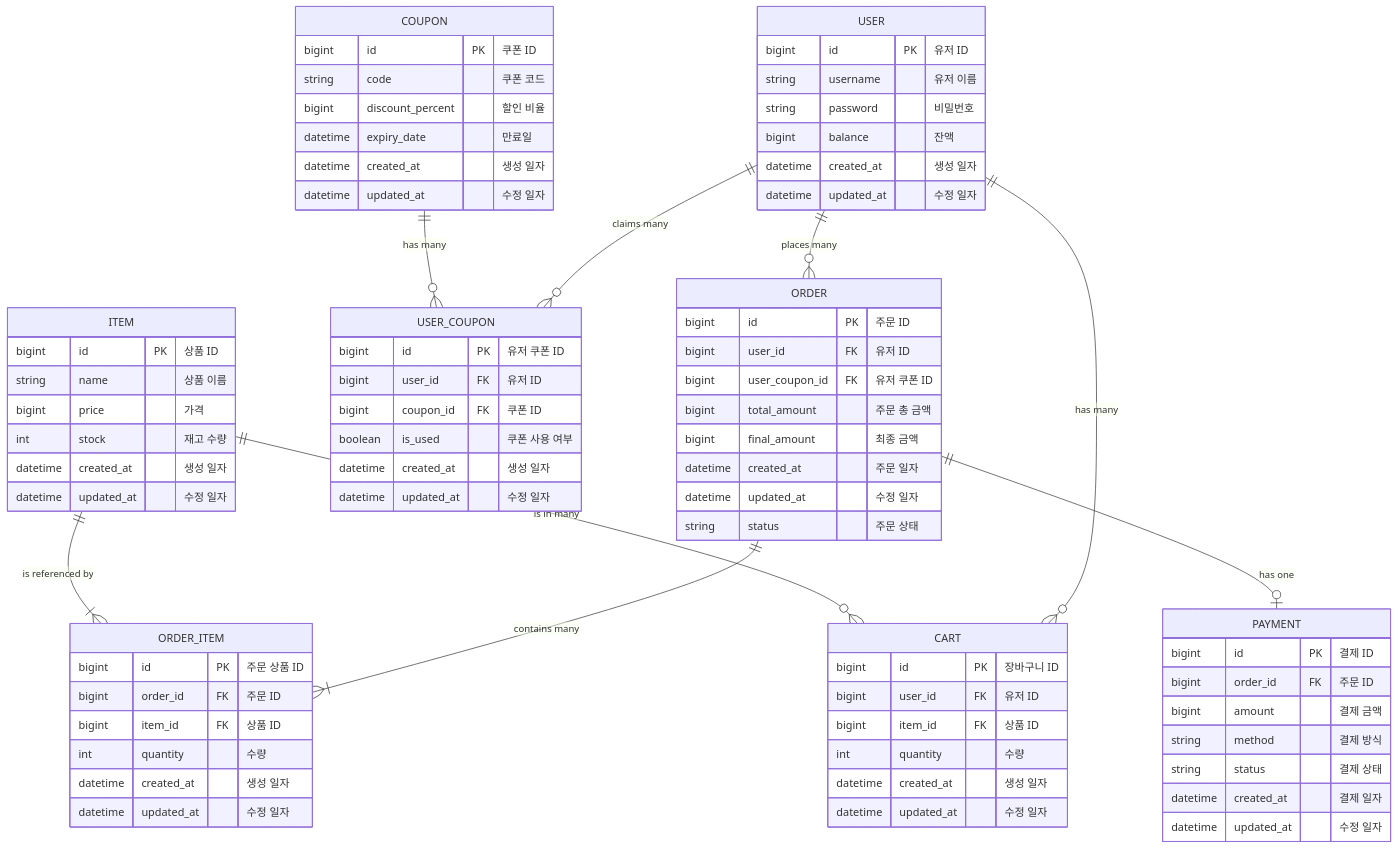
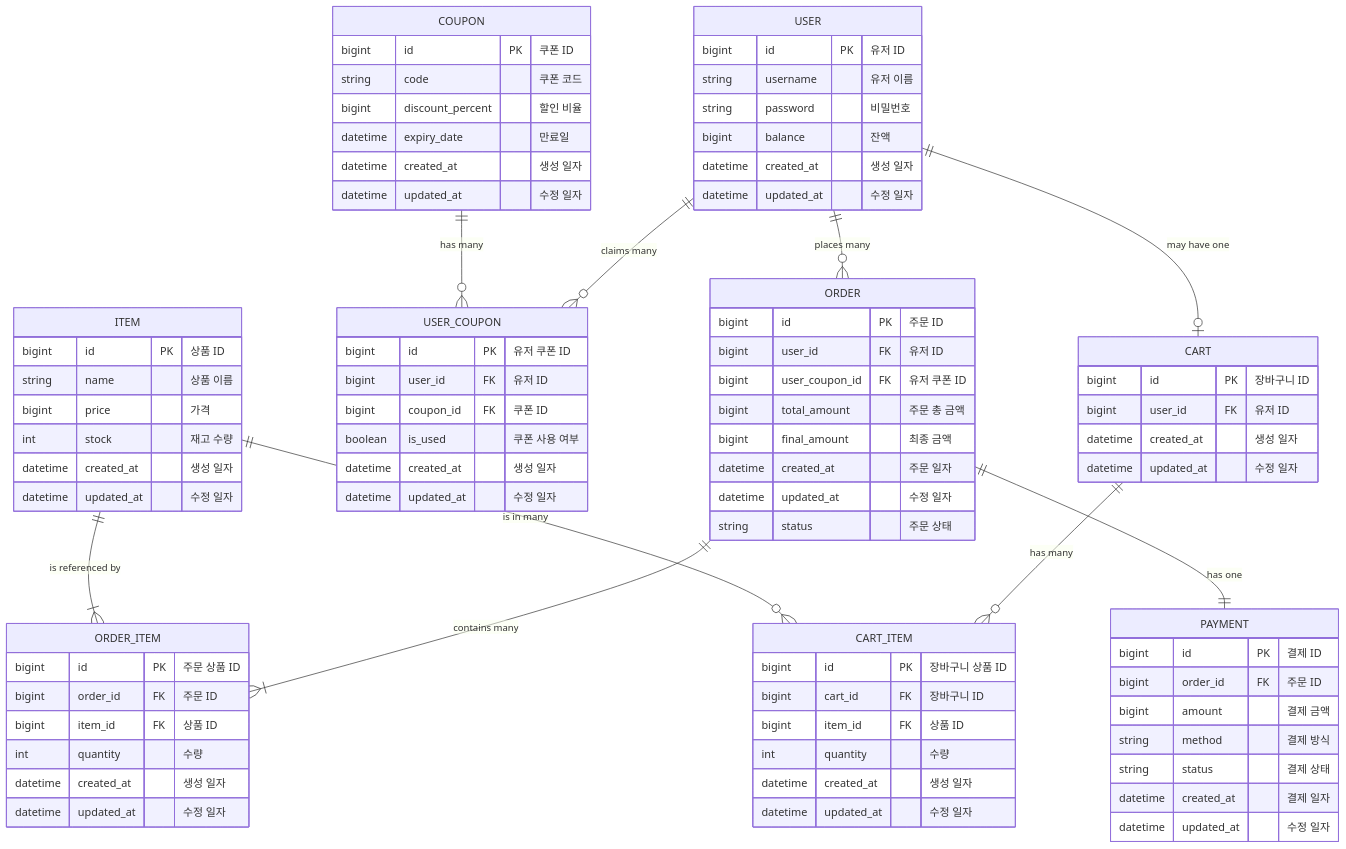
One commit to jane1721/e-commerce changed the diagram in docs/erd.md. Above: the diagram before and after it, drawn with Mermaid. The commit also changed other lines of this file, not shown here.

First line of the commit message:
♻️Refactor: Improve cart domain model structure

````diff
--- a/docs/erd.md
+++ b/docs/erd.md
@@ -73,6 +73,13 @@
     CART {
         bigint id PK "장바구니 ID"
         bigint user_id FK "유저 ID"
+        datetime created_at "생성 일자"
+        datetime updated_at "수정 일자"
+    }
+
+    CART_ITEM {
+        bigint id PK "장바구니 상품 ID"
+        bigint cart_id FK "장바구니 ID"
         bigint item_id FK "상품 ID"
         int quantity "수량"
         datetime created_at "생성 일자"
@@ -84,7 +91,8 @@
     ITEM ||--|{ ORDER_ITEM : "is referenced by"
     USER ||--o{ USER_COUPON : "claims many"
     COUPON ||--o{ USER_COUPON : "has many"
-    USER ||--o{ CART : "has many"
-    ITEM ||--o{ CART : "is in many"
-    ORDER ||--o| PAYMENT : "has one"
+    USER ||--o| CART : "may have one"
+    CART ||--o{ CART_ITEM : "has many"
+    ITEM ||--o{ CART_ITEM : "is in many"
+    ORDER ||--|| PAYMENT : "has one"
 ```
````
